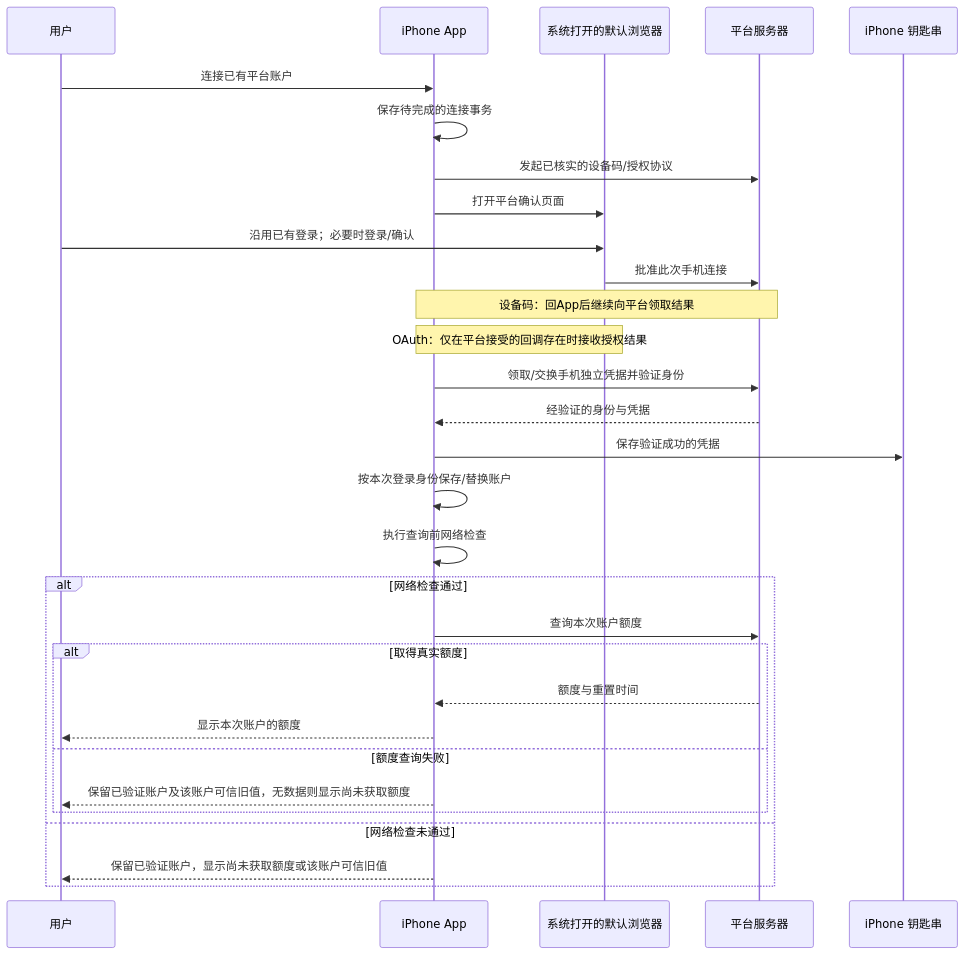
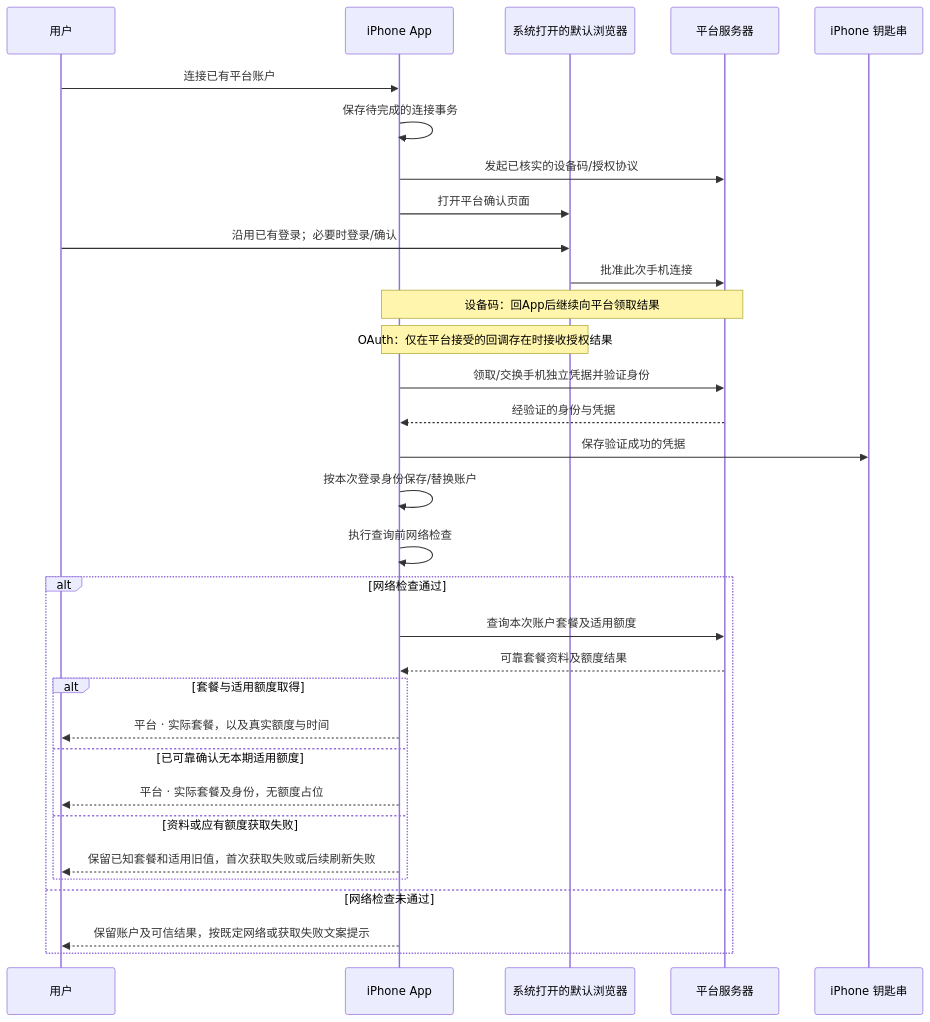
Before and after one commit to fsylviaa/subscription-usage-monitor: the third of 3 diagrams in docs/首版平台登录与额度连接方案.md, drawn with Mermaid. The commit also changed other lines of this file and 12 other files, not shown here.

````diff
--- a/docs/首版平台登录与额度连接方案.md
+++ b/docs/首版平台登录与额度连接方案.md
@@ -109,32 +111,34 @@
 ```mermaid
 sequenceDiagram
     participant U as 用户
     participant A as iPhone App
     participant B as 系统打开的默认浏览器
     participant P as 平台服务器
     participant K as iPhone 钥匙串
     U->>A: 连接已有平台账户
     A->>A: 保存待完成的连接事务
     A->>P: 发起已核实的设备码/授权协议
     A->>B: 打开平台确认页面
     U->>B: 沿用已有登录；必要时登录/确认
     B->>P: 批准此次手机连接
     Note over A,P: 设备码：回App后继续向平台领取结果
     Note over A,B: OAuth：仅在平台接受的回调存在时接收授权结果
     A->>P: 领取/交换手机独立凭据并验证身份
     P-->>A: 经验证的身份与凭据
     A->>K: 保存验证成功的凭据
     A->>A: 按本次登录身份保存/替换账户
     A->>A: 执行查询前网络检查
     alt 网络检查通过
-        A->>P: 查询本次账户额度
-        alt 取得真实额度
-            P-->>A: 额度与重置时间
-            A-->>U: 显示本次账户的额度
-        else 额度查询失败
-            A-->>U: 保留已验证账户及该账户可信旧值，无数据则显示尚未获取额度
+        A->>P: 查询本次账户套餐及适用额度
+        P-->>A: 可靠套餐资料及额度结果
+        alt 套餐与适用额度取得
+            A-->>U: 平台 · 实际套餐，以及真实额度与时间
+        else 已可靠确认无本期适用额度
+            A-->>U: 平台 · 实际套餐及身份，无额度占位
+        else 资料或应有额度获取失败
+            A-->>U: 保留已知套餐和适用旧值，首次获取失败或后续刷新失败
         end
     else 网络检查未通过
-        A-->>U: 保留已验证账户，显示尚未获取额度或该账户可信旧值
+        A-->>U: 保留账户及可信结果，按既定网络或获取失败文案提示
     end
 ```
````
